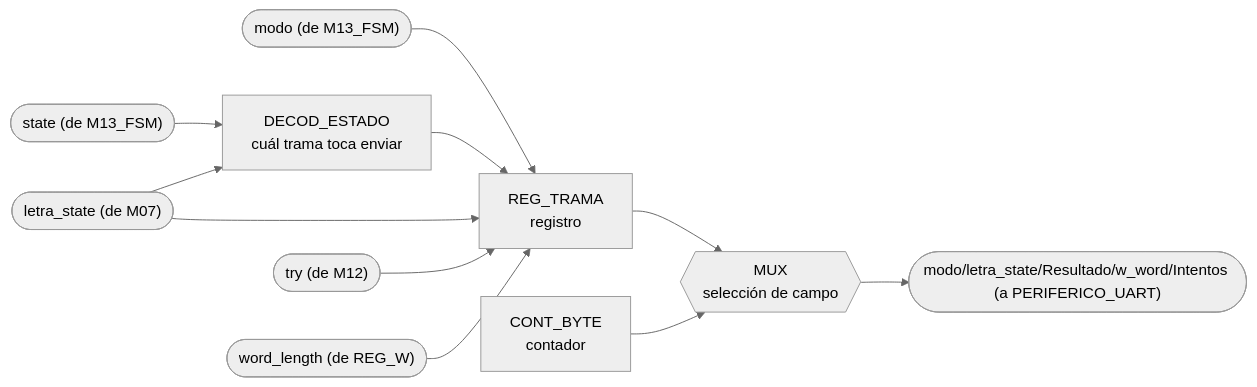
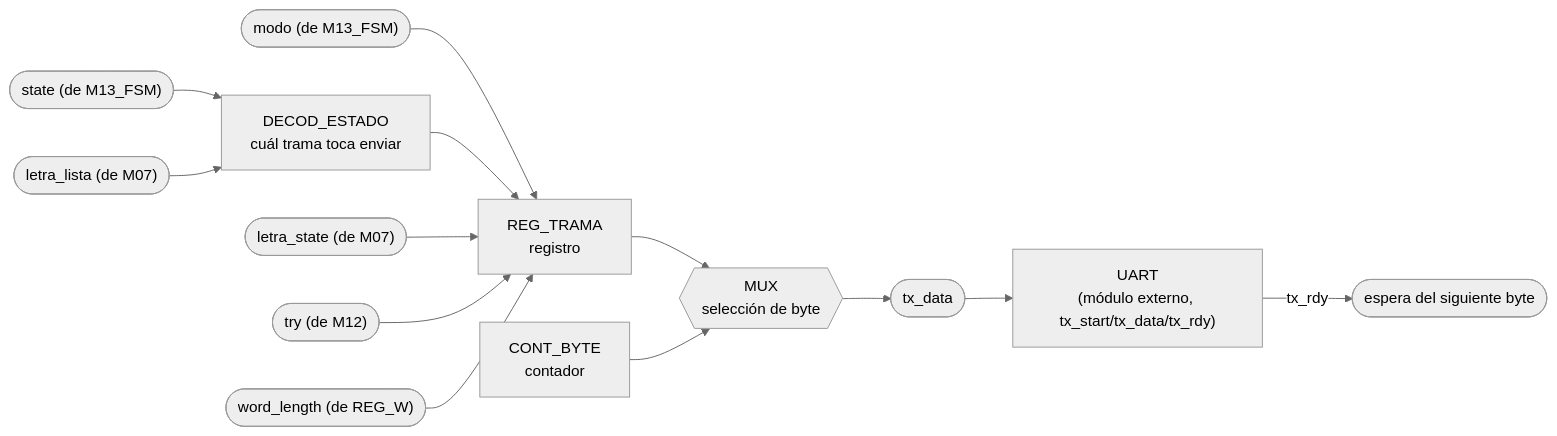
Before and after one commit to Taller-de-diseno-digital-GR01/Proyecto-2-Ahorcado: the first of 2 diagrams in docs/diseño/modulos/M11_Transmisor-UART.md, drawn with Mermaid (neutral theme). The commit also changed other lines of this file and 2 other files, not shown here.

````diff
--- a/docs/diseño/modulos/M11_Transmisor-UART.md
+++ b/docs/diseño/modulos/M11_Transmisor-UART.md
@@ -9,13 +9,15 @@
 ```mermaid
 flowchart LR
     IN_MODO(["modo (de M13_FSM)"]) --> REG_FRAME["REG_TRAMA<br/>registro"]
     IN_STATE(["state (de M13_FSM)"]) --> DEC_ST["DECOD_ESTADO<br/>cuál trama toca enviar"]
     DEC_ST --> REG_FRAME
     IN_LST(["letra_state (de M07)"]) --> REG_FRAME
-    IN_LST --> DEC_ST
+    IN_LLISTA(["letra_lista (de M07)"]) --> DEC_ST
     IN_TRY(["try (de M12)"]) --> REG_FRAME
     IN_LEN(["word_length (de REG_W)"]) --> REG_FRAME
-    REG_FRAME --> MUX1{{"MUX<br/>selección de campo"}}
+    REG_FRAME --> MUX1{{"MUX<br/>selección de byte"}}
     CNT_BYTE["CONT_BYTE<br/>contador"] --> MUX1
-    MUX1 --> OUT_UART(["modo/letra_state/Resultado/w_word/Intentos (a PERIFERICO_UART)"])
+    MUX1 --> OUT_DATA(["tx_data"])
+    OUT_DATA --> UART["UART<br/>(módulo externo, tx_start/tx_data/tx_rdy)"]
+    UART -->|tx_rdy| WAITIN(["espera del siguiente byte"])
 ```
````
